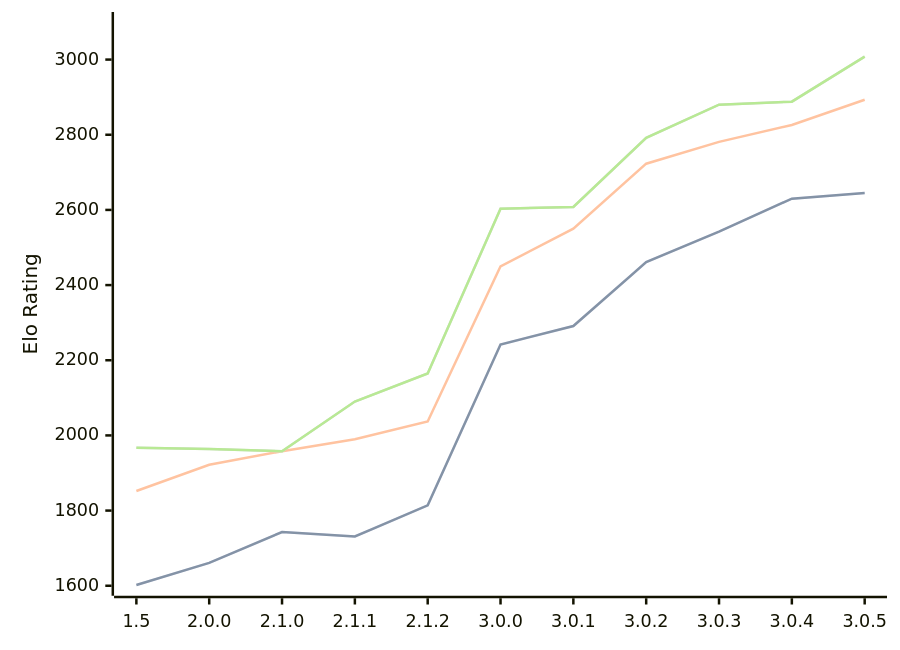
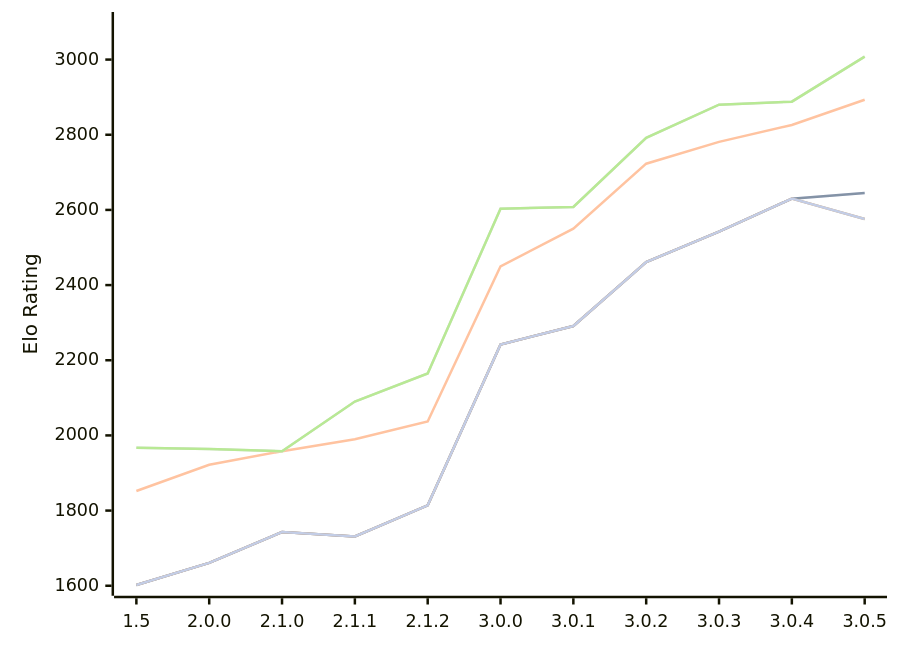
Before and after one commit to computer-chess-index/cci: the diagram in engines/Rudim.md, drawn with Mermaid. The commit also changed other lines of this file, not shown here.

Commit message:
Update CCI Ratings (ELO VLTC) - 2026-10-11

````diff
--- a/engines/Rudim.md
+++ b/engines/Rudim.md
@@ -57,16 +57,13 @@
 ```mermaid
 %%{init: {"theme":"base","themeVariables":{"seriesColors:['#a3a3a3','#222221','#faa371']}}}%%
 xychart-beta
   x-axis ["1.5", "2.0.0", "2.1.0", "2.1.1", "2.1.2", "3.0.0", "3.0.1", "3.0.2", "3.0.3", "3.0.4", "3.0.5"]
   y-axis "Elo Rating" 1600 --> 3100
   line "" [1602, 1661, 1743, 1731, 1814, 2242, 2291, 2461, 2542, 2630, 2645]
   line "T1: STC (8.0+0.08s)" [1602, 1661, 1743, 1731, 1814, 2242, 2291, 2461, 2542, 2630, 2645]
   line "T1: LTC (60.0+0.60s)" [1852, 1922, 1958, 1990, 2037, 2450, 2550, 2723, 2781, 2826, 2893]
   line "" [1967, 1964, 1958, 2090, 2165, 2603, 2608, 2792, 2880, 2888, 3008]
   line "T1: VLTC (2m24s+1.12s)" [1967, 1964, 1958, 2090, 2165, 2603, 2608, 2792, 2880, 2888, 3008]
-  line "" [2568]
-  line "E1: STC (8.0+0.08s)" [2568]
-  line "E1: LTC (60.0+0.60s)" [2839]
-  line "" [2897]
-  line "E1: VLTC (2m24s+1.12s)" [2897]
+  line "" [1602, 1661, 1743, 1731, 1814, 2242, 2291, 2461, 2542, 2630,2576]
+  line "E1: STC (8.0+0.08s)" [1602, 1661, 1743, 1731, 1814, 2242, 2291, 2461, 2542, 2630,2576]
 ```
````
